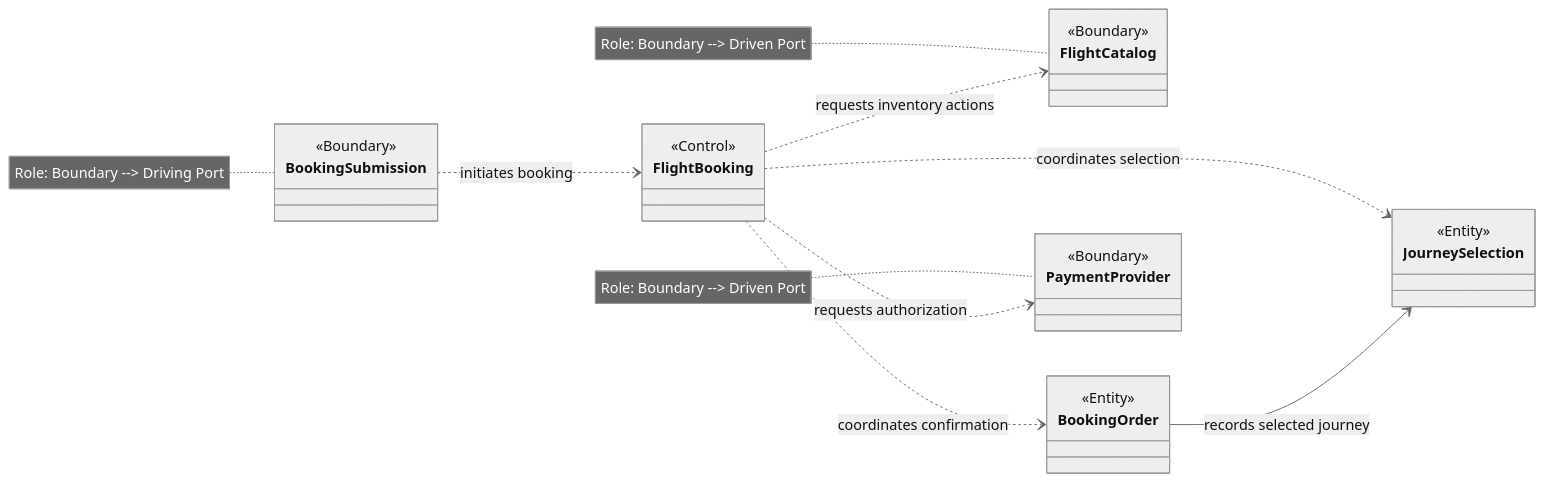
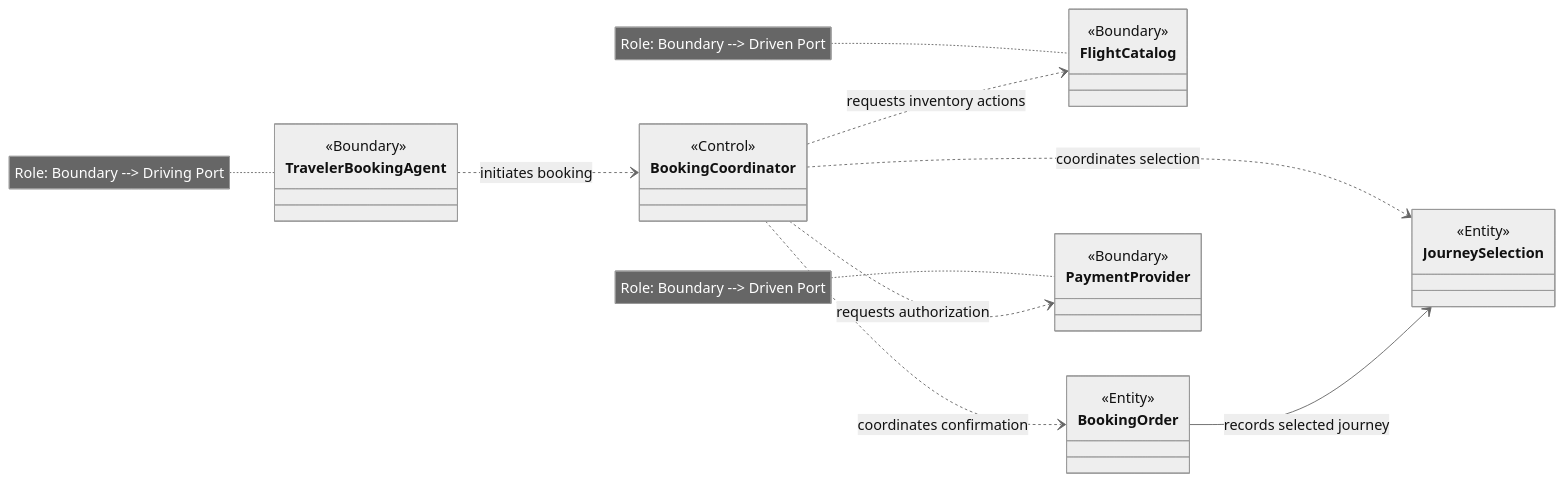
The first of 4 diagrams in skills/oo-design/references/example.md (huang-xiao-jian/bluey), drawn with Mermaid (neutral theme) before and after one commit. The commit also changed other lines of this file and 3 other files, not shown here.

````diff
--- a/skills/oo-design/references/example.md
+++ b/skills/oo-design/references/example.md
@@ -53,35 +53,35 @@
 ```mermaid
 classDiagram
     direction LR
 
-    class BookingSubmission {
+    class TravelerBookingAgent {
         <<Boundary>>
     }
-    note for BookingSubmission "Role: Boundary --> Driving Port"
+    note for TravelerBookingAgent "Role: Boundary --> Driving Port"
 
-    class FlightBooking {
+    class BookingCoordinator {
         <<Control>>
     }
     class FlightCatalog {
         <<Boundary>>
     }
     note for FlightCatalog "Role: Boundary --> Driven Port"
 
     class JourneySelection {
         <<Entity>>
     }
     class BookingOrder {
         <<Entity>>
     }
     class PaymentProvider {
         <<Boundary>>
     }
     note for PaymentProvider "Role: Boundary --> Driven Port"
 
-    BookingSubmission ..> FlightBooking : initiates booking
-    FlightBooking ..> FlightCatalog : requests inventory actions
-    FlightBooking ..> JourneySelection : coordinates selection
-    FlightBooking ..> BookingOrder : coordinates confirmation
-    FlightBooking ..> PaymentProvider : requests authorization
+    TravelerBookingAgent ..> BookingCoordinator : initiates booking
+    BookingCoordinator ..> FlightCatalog : requests inventory actions
+    BookingCoordinator ..> JourneySelection : coordinates selection
+    BookingCoordinator ..> BookingOrder : coordinates confirmation
+    BookingCoordinator ..> PaymentProvider : requests authorization
     BookingOrder --> JourneySelection : records selected journey
 ```
````
